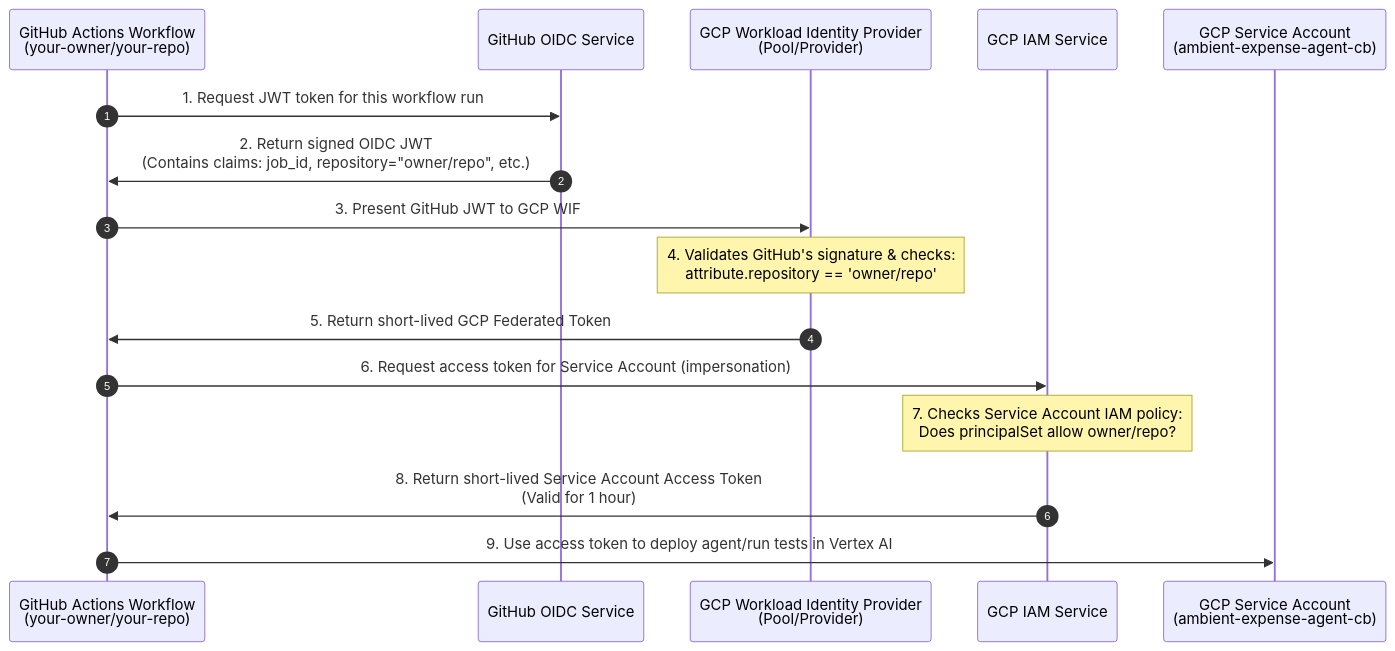
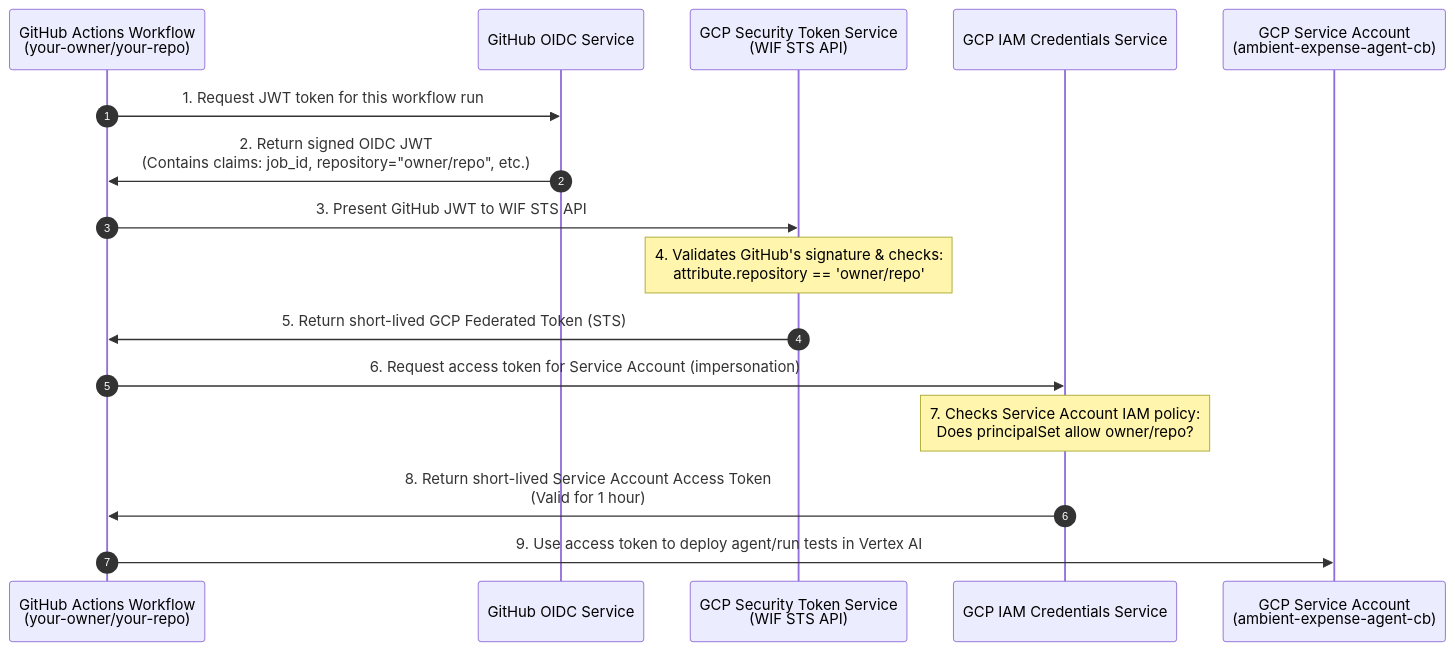
Before and after one commit to lengocduy/codelabs-build-ambient-agent-and-deploy-to-agent-runtime: the diagram in README.md, drawn with Mermaid.

Commit message:
docs: specify STS and IAM Credentials in WIF architecture diagram

````diff
--- a/README.md
+++ b/README.md
@@ -132,19 +132,19 @@
 ```mermaid
 sequenceDiagram
     autonumber
     participant GH as GitHub Actions Workflow<br/>(your-owner/your-repo)
     participant OIDC as GitHub OIDC Service
-    participant WIF as GCP Workload Identity Provider<br/>(Pool/Provider)
-    participant IAM as GCP IAM Service
+    participant STS as GCP Security Token Service<br/>(WIF STS API)
+    participant IAM as GCP IAM Credentials Service
     participant SA as GCP Service Account<br/>(ambient-expense-agent-cb)
 
     GH->>OIDC: 1. Request JWT token for this workflow run
     OIDC->>GH: 2. Return signed OIDC JWT<br/>(Contains claims: job_id, repository="owner/repo", etc.)
-    GH->>WIF: 3. Present GitHub JWT to GCP WIF
-    Note over WIF: 4. Validates GitHub's signature & checks:<br/>attribute.repository == 'owner/repo'
-    WIF->>GH: 5. Return short-lived GCP Federated Token
+    GH->>STS: 3. Present GitHub JWT to WIF STS API
+    Note over STS: 4. Validates GitHub's signature & checks:<br/>attribute.repository == 'owner/repo'
+    STS->>GH: 5. Return short-lived GCP Federated Token (STS)
     GH->>IAM: 6. Request access token for Service Account (impersonation)
     Note over IAM: 7. Checks Service Account IAM policy:<br/>Does principalSet allow owner/repo?
     IAM->>GH: 8. Return short-lived Service Account Access Token<br/>(Valid for 1 hour)
     GH->>SA: 9. Use access token to deploy agent/run tests in Vertex AI
 ```
````
